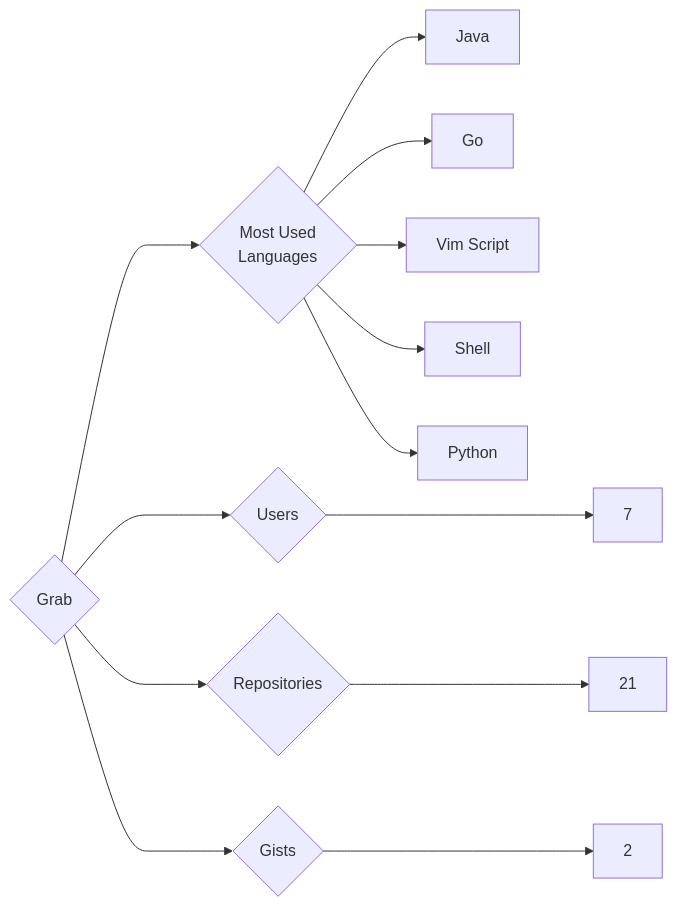
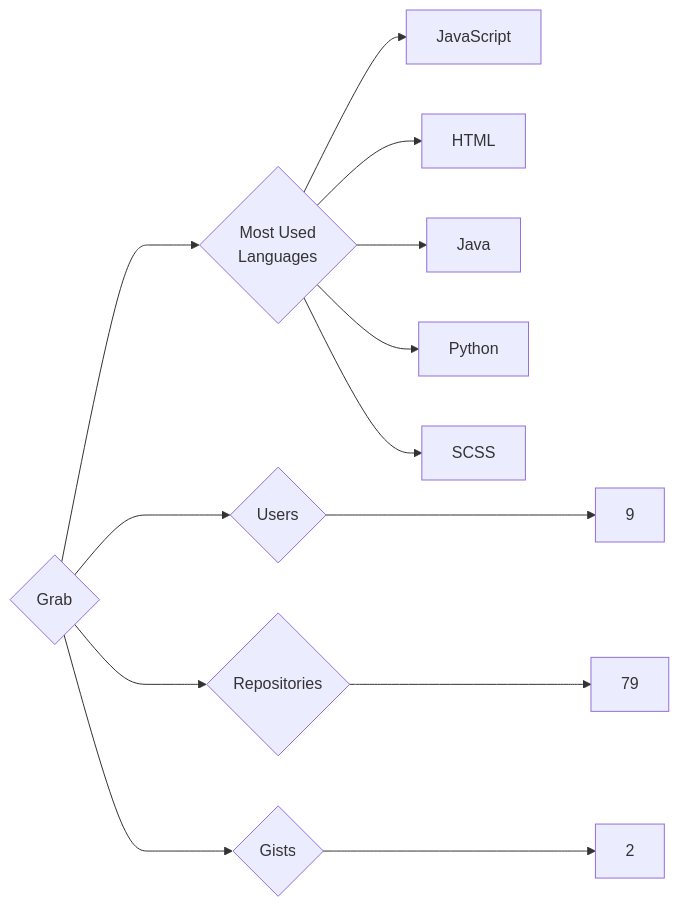
Before and after one commit to trickest/insiders: the diagram in targets/Grab/README.md, drawn with Mermaid. The commit also changed 1212 other files, not shown here.

````diff
--- a/targets/Grab/README.md
+++ b/targets/Grab/README.md
@@ -3,13 +3,13 @@
 ```mermaid
 graph LR
 COMPANY_NAME{Grab}
-COMPANY_NAME ---> U{Users} ---> UN[7]
-COMPANY_NAME ---> R{Repositories} ---> RN[21]
+COMPANY_NAME ---> U{Users} ---> UN[9]
+COMPANY_NAME ---> R{Repositories} ---> RN[79]
 COMPANY_NAME ---> G{Gists} ---> GN[2]
 COMPANY_NAME ---> ML{Most Used<br>Languages}
+ML --> JavaScript[JavaScript]
+ML --> HTML[HTML]
 ML --> Java[Java]
-ML --> Go[Go]
-ML --> Vim_Script[Vim Script]
-ML --> Shell[Shell]
 ML --> Python[Python]
+ML --> SCSS[SCSS]
 ```
````
